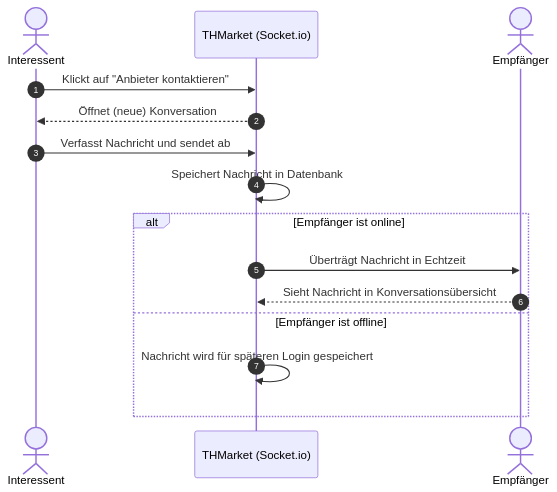
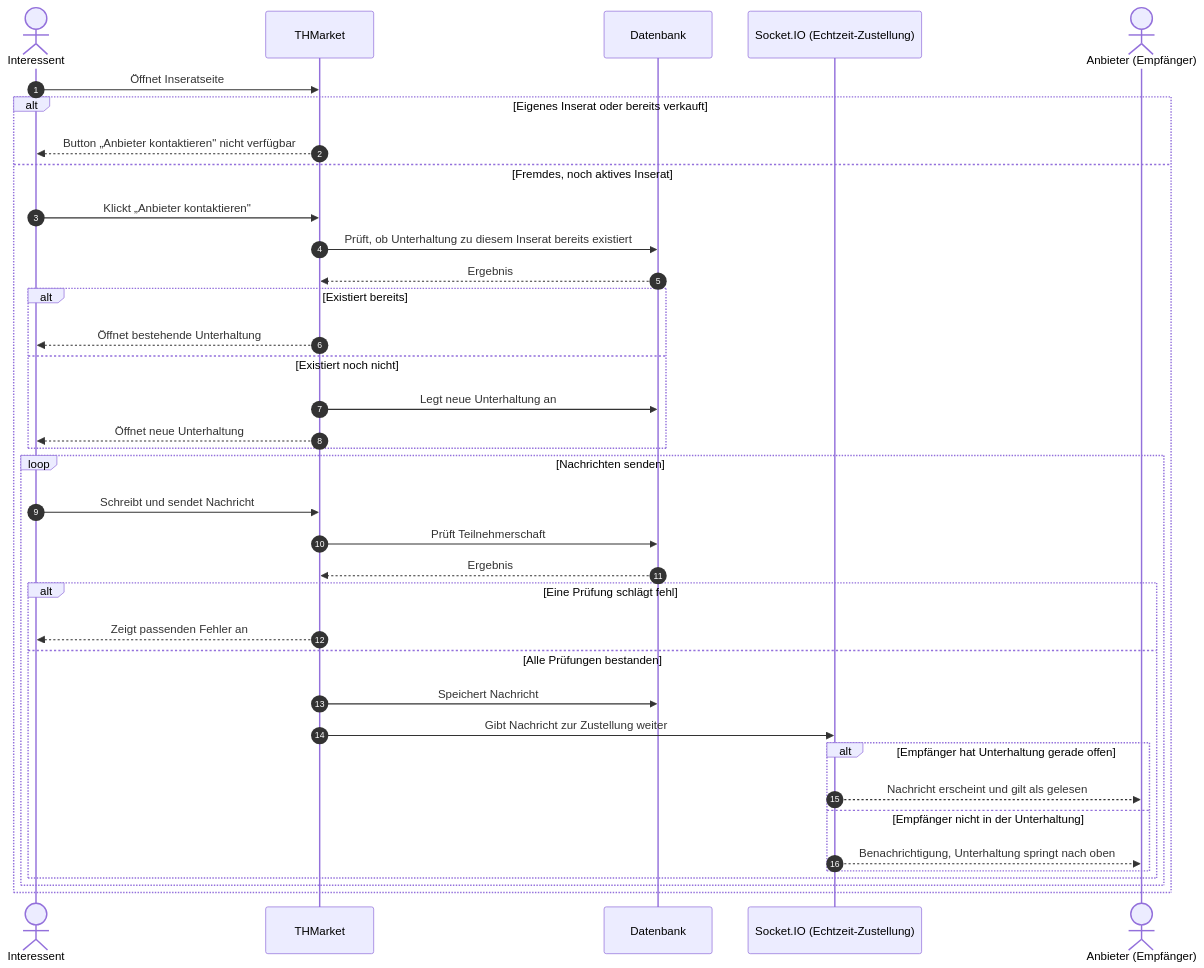
One commit to PatilYash0110/THMarket changed the diagram in docs/spec/diagrams-code/f2-uc07-nachrichten_verschicken.mermaid. Above: the diagram before and after it, drawn with Mermaid. The commit also changed 17 other files, not shown here.

Commit message:
Diagramme aktualisiert, UC13-16 und weitere Diagramme ergänzt

```diff
--- a/docs/spec/diagrams-code/f2-uc07-nachrichten_verschicken.mermaid
+++ b/docs/spec/diagrams-code/f2-uc07-nachrichten_verschicken.mermaid
@@ -1,17 +1,42 @@
 sequenceDiagram
     autonumber
-    actor Nutzer as Interessent
-    participant System as THMarket (Socket.io)
-    actor Anbieter as Empfänger
-    
-    Nutzer->>System: Klickt auf "Anbieter kontaktieren"
-    System-->>Nutzer: Öffnet (neue) Konversation
-    Nutzer->>System: Verfasst Nachricht und sendet ab
-    System->>System: Speichert Nachricht in Datenbank
-    
-    alt Empfänger ist online
-        System->>Anbieter: Überträgt Nachricht in Echtzeit
-        Anbieter-->>System: Sieht Nachricht in Konversationsübersicht
-    else Empfänger ist offline
-        System->>System: Nachricht wird für späteren Login gespeichert
+    actor Interessent as Interessent
+    participant System as THMarket
+    participant DB as Datenbank
+    participant Socket as Socket.IO (Echtzeit-Zustellung)
+    actor Anbieter as Anbieter (Empfänger)
+
+    Interessent->>System: Öffnet Inseratseite
+
+    alt Eigenes Inserat oder bereits verkauft
+        System-->>Interessent: Button „Anbieter kontaktieren" nicht verfügbar
+    else Fremdes, noch aktives Inserat
+        Interessent->>System: Klickt „Anbieter kontaktieren"
+        System->>DB: Prüft, ob Unterhaltung zu diesem Inserat bereits existiert
+        DB-->>System: Ergebnis
+        alt Existiert bereits
+            System-->>Interessent: Öffnet bestehende Unterhaltung
+        else Existiert noch nicht
+            System->>DB: Legt neue Unterhaltung an
+            System-->>Interessent: Öffnet neue Unterhaltung
+        end
+
+        loop Nachrichten senden
+            Interessent->>System: Schreibt und sendet Nachricht
+            System->>DB: Prüft Teilnehmerschaft
+            DB-->>System: Ergebnis
+
+            alt Eine Prüfung schlägt fehl
+                System-->>Interessent: Zeigt passenden Fehler an
+            else Alle Prüfungen bestanden
+                System->>DB: Speichert Nachricht
+                System->>Socket: Gibt Nachricht zur Zustellung weiter
+
+                alt Empfänger hat Unterhaltung gerade offen
+                    Socket-->>Anbieter: Nachricht erscheint und gilt als gelesen
+                else Empfänger nicht in der Unterhaltung
+                    Socket-->>Anbieter: Benachrichtigung, Unterhaltung springt nach oben
+                end
+            end
+        end
     end
```
